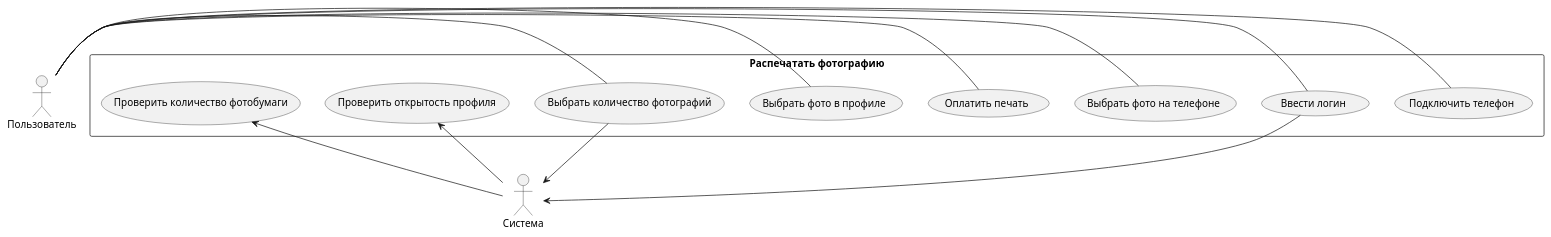
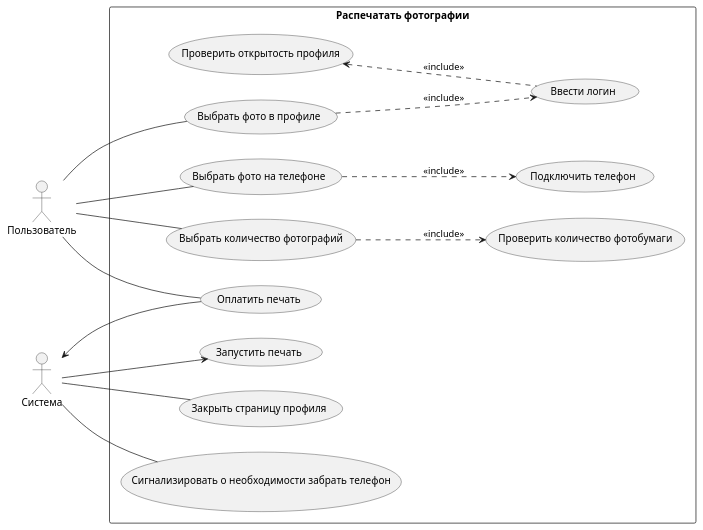
The diagram in Notes/Системная аналитика/Курсы от нетологии/Раздел 3. Анализ требований/Итоговая работа по модулю.md (PopkovAYu/Notes), drawn with PlantUML before and after one commit.

Commit message:
vault backup: 2024-04-25 17:43:28
Affected files:
Notes/Системная аналитика/Курсы от нетологии/Раздел 3. Анализ требований/Итоговая работа по модулю.md

````diff
--- a/Notes/Системная аналитика/Курсы от нетологии/Раздел 3. Анализ требований/Итоговая работа по модулю.md
+++ b/Notes/Системная аналитика/Курсы от нетологии/Раздел 3. Анализ требований/Итоговая работа по модулю.md
@@ -72,19 +72,24 @@
 ```plantuml
 @startuml
 actor Пользователь as user
 actor Система as sys
 
-rectangle "Распечатать фотографию" {
-user -right- (Подключить телефон)
-user -right- (Ввести логин)
-user -right- (Выбрать фото на телефоне)
-user -right- (Оплатить печать)
-user -right- (Выбрать фото в профиле)
-user -right- (Выбрать количество фотографий)
-(Выбрать количество фотографий) --> sys
-sys -up-> (Проверить количество фотобумаги)
-(Ввести логин) --> sys
-sys -left-> (Проверить открытость профиля)
+rectangle "Распечатать фотографии" {
+left to right direction
+	user -- (Выбрать фото в профиле)
+	(Выбрать фото в профиле) ..> (Ввести логин) : <<include>>
+	(Ввести логин) .up.> (Проверить открытость профиля) : <<include>>
+	user -- (Выбрать фото на телефоне)
+	(Выбрать фото на телефоне) ..> (Подключить телефон) : <<include>>
+	user -- (Выбрать количество фотографий)
+	(Выбрать количество фотографий) ..> (Проверить количество фотобумаги) : <<include>>
+	user -- (Оплатить печать)
+	(Оплатить печать) --> sys
+	sys --> (Запустить печать)
+	sys -- (Закрыть страницу профиля)
+	sys -- (Сигнализировать о необходимости забрать телефон)
+	
+
 }
 @enduml
 ```
````
